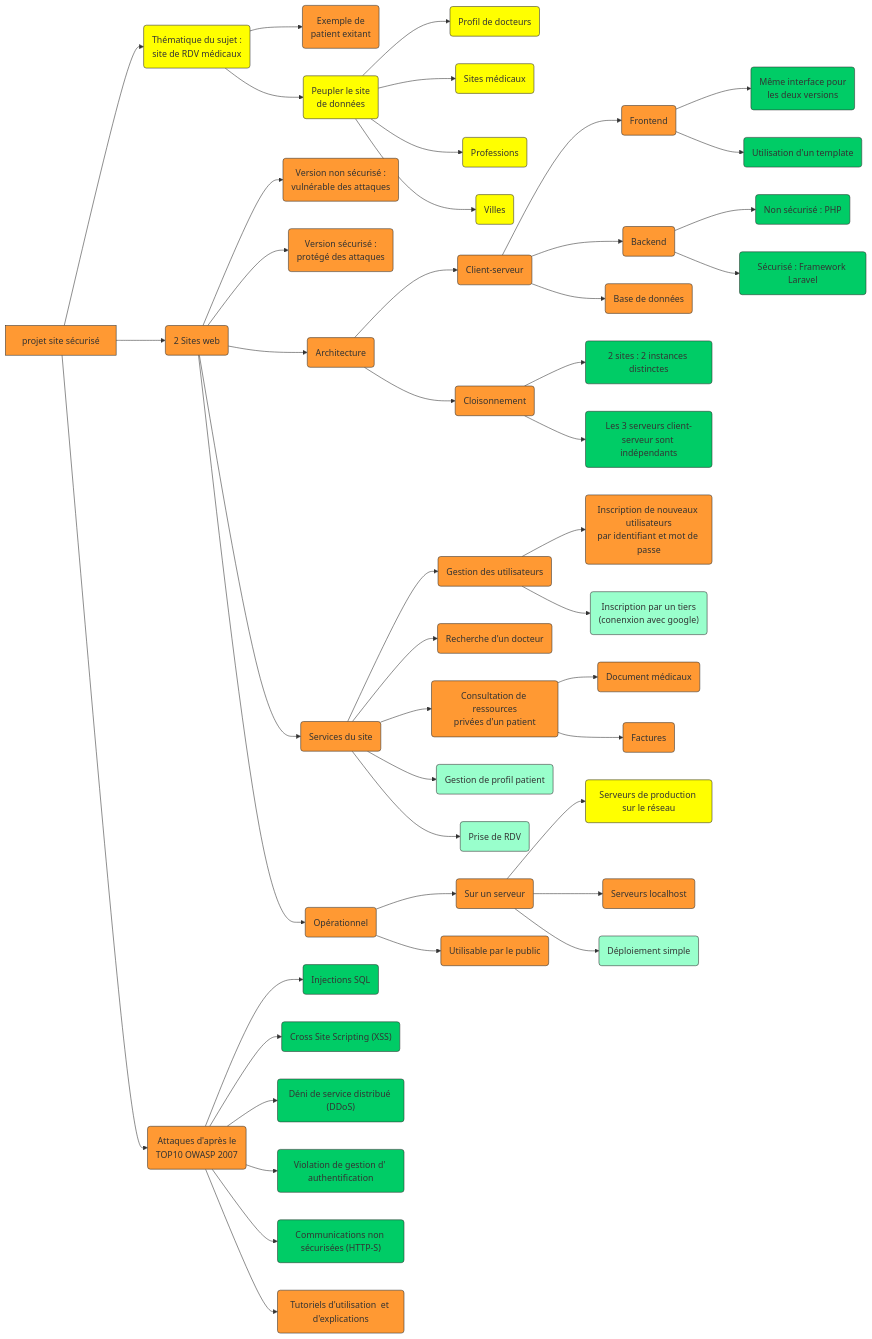
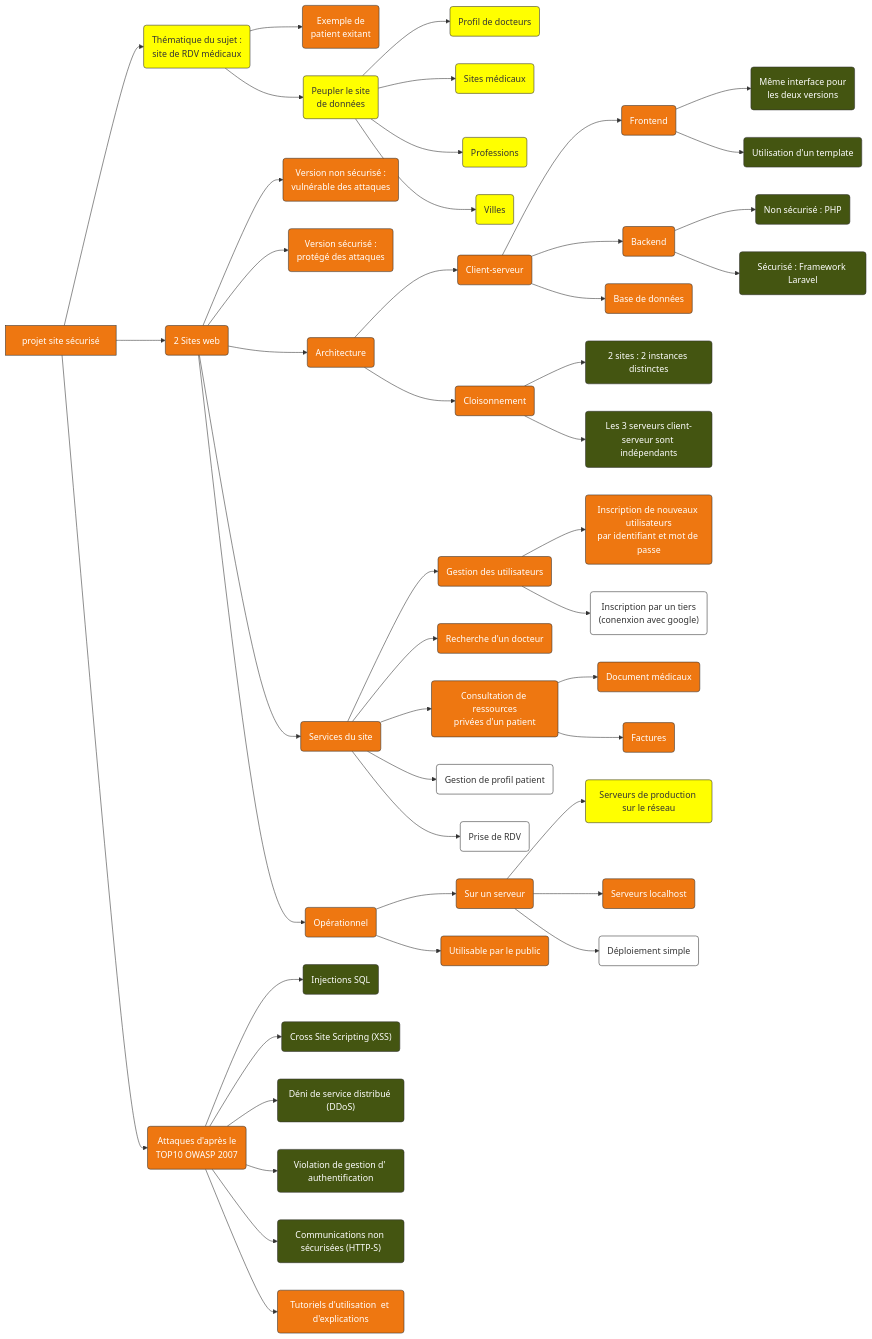
One commit to Alexis-LF/projet-site-securise changed the fourth of 4 diagrams in README.md. Above: the diagram before and after it, drawn with Mermaid.

Commit message:
màj couleurs taxonomie des fonctions

```diff
--- a/README.md
+++ b/README.md
@@ -134,10 +134,10 @@
 
 flowchart LR;
     %% définitions des classes pour le style (comme le css)
-    classDef fPrincipales fill:#ff9933,stroke:#333,stroke-width:1px;
+    classDef fPrincipales color:#ffffff,fill:#ee7711,stroke:#333,stroke-width:1px;
     classDef fSecondaires fill:#ffff00,stroke:#333,stroke-width:1px;
-    classDef contraintes fill:#00cc66,stroke:#333,stroke-width:1px;
-    classDef fEstime fill:#99ffcc,stroke:#333,stroke-width:1px;
+    classDef contraintes color:#ffffff,fill:#445511,stroke:#333,stroke-width:1px;
+    classDef fEstime fill:#ffffff,stroke:#333,stroke-width:1px;
 
     %% racine
     id1[	projet site sécurisé	]; 
```
